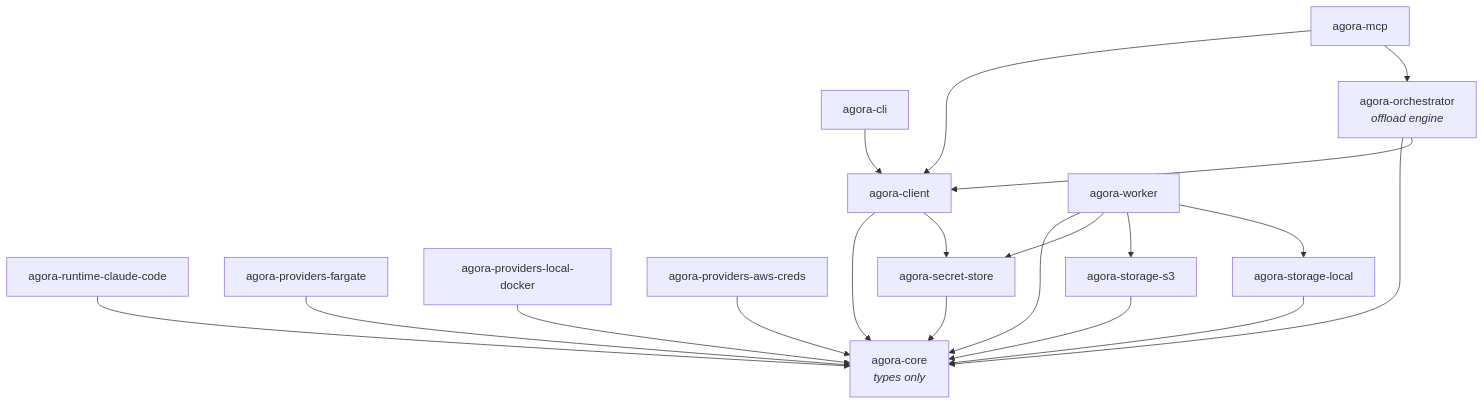
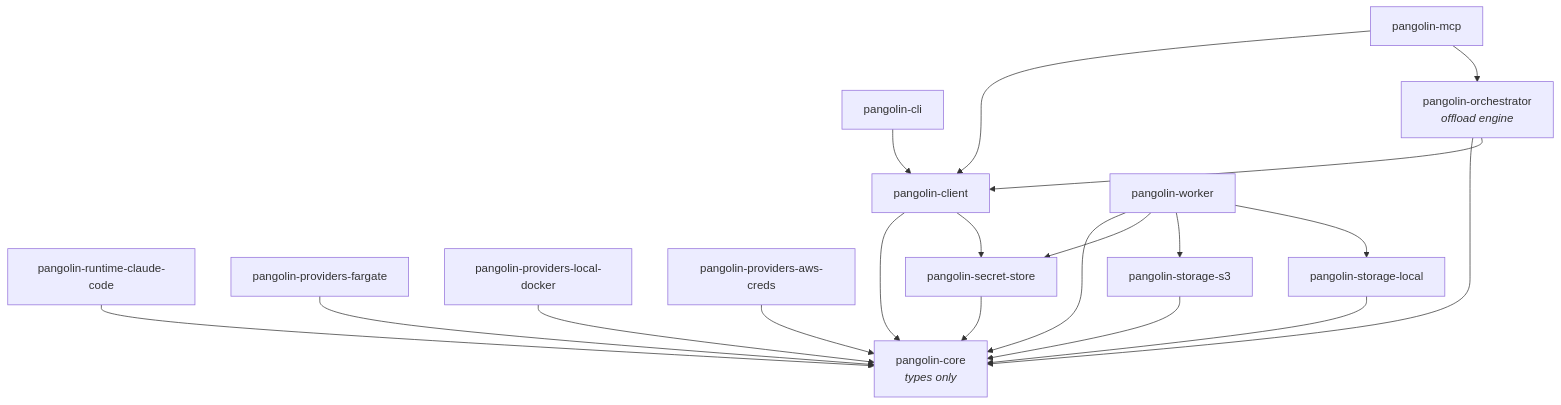
One commit to QuarrySystems/pangolin changed the diagram in README.md. Above: the diagram before and after it, drawn with Mermaid. The commit also changed other lines of this file and 851 other files, not shown here.

First line of the commit message:
Rename Agora → Pangolin Scale (full code + brand, clean break) (#59)

````diff
--- a/README.md
+++ b/README.md
@@ -196,35 +196,35 @@
 ```mermaid
 graph TD
-  core[agora-core<br/><i>types only</i>]
-  client[agora-client]
-  cli[agora-cli]
-  mcp[agora-mcp]
-  worker[agora-worker]
-  runtime[agora-runtime-claude-code]
-  pfargate[agora-providers-fargate]
-  plocal[agora-providers-local-docker]
-  pawscreds[agora-providers-aws-creds]
-  ss3[agora-storage-s3]
-  slocal[agora-storage-local]
-  secretstore[agora-secret-store]
-  orch[agora-orchestrator<br/><i>offload engine</i>]
+  core[pangolin-core<br/><i>types only</i>]
+  client[pangolin-client]
+  cli[pangolin-cli]
+  mcp[pangolin-mcp]
+  worker[pangolin-worker]
+  runtime[pangolin-runtime-claude-code]
+  pfargate[pangolin-providers-fargate]
+  plocal[pangolin-providers-local-docker]
+  pawscreds[pangolin-providers-aws-creds]
+  ss3[pangolin-storage-s3]
+  slocal[pangolin-storage-local]
+  secretstore[pangolin-secret-store]
+  orch[pangolin-orchestrator<br/><i>offload engine</i>]
 
   client --> core
   client --> secretstore
   cli --> client
   mcp --> client
   mcp --> orch
   worker --> core
   worker --> secretstore
   worker --> ss3
   worker --> slocal
   runtime --> core
   pfargate --> core
   plocal --> core
   pawscreds --> core
   ss3 --> core
   slocal --> core
   secretstore --> core
   orch --> core
   orch --> client
 ```
````
